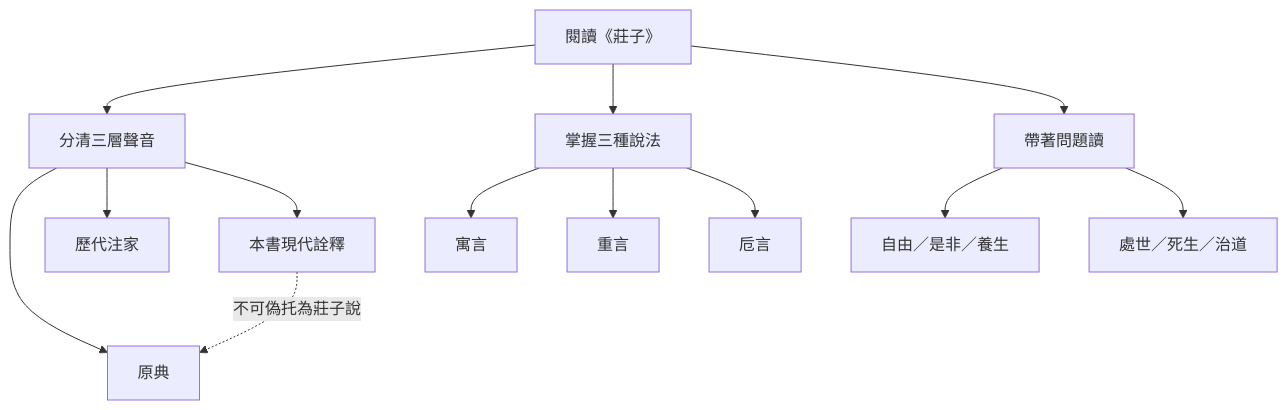
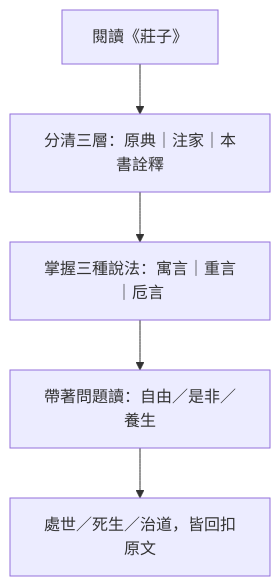
One commit to show0621/zhuangzi-atlas changed the diagram in content/chapters/00-導論/00-導論.md. Above: the diagram before and after it, drawn with Mermaid. The commit also changed other lines of this file and 35 other files, not shown here.

First line of the commit message:
fix(print): 全書心智圖改單欄並獨頁放大

````diff
--- a/content/chapters/00-導論/00-導論.md
+++ b/content/chapters/00-導論/00-導論.md
@@ -154,15 +154,8 @@
 ```mermaid
 flowchart TB
-  R[閱讀《莊子》] --> L[分清三層聲音]
-  L --> L1[原典]
-  L --> L2[歷代注家]
-  L --> L3[本書現代詮釋]
-  R --> M[掌握三種說法]
-  M --> M1[寓言]
-  M --> M2[重言]
-  M --> M3[卮言]
-  R --> Q[帶著問題讀]
-  Q --> Q1[自由／是非／養生]
-  Q --> Q2[處世／死生／治道]
-  L3 -.->|不可偽托為莊子說| L1
+  R["閱讀《莊子》"]
+  R --> L["分清三層：原典｜注家｜本書詮釋"]
+  L --> M["掌握三種說法：寓言｜重言｜卮言"]
+  M --> Q["帶著問題讀：自由／是非／養生"]
+  Q --> T["處世／死生／治道，皆回扣原文"]
 ```
````
